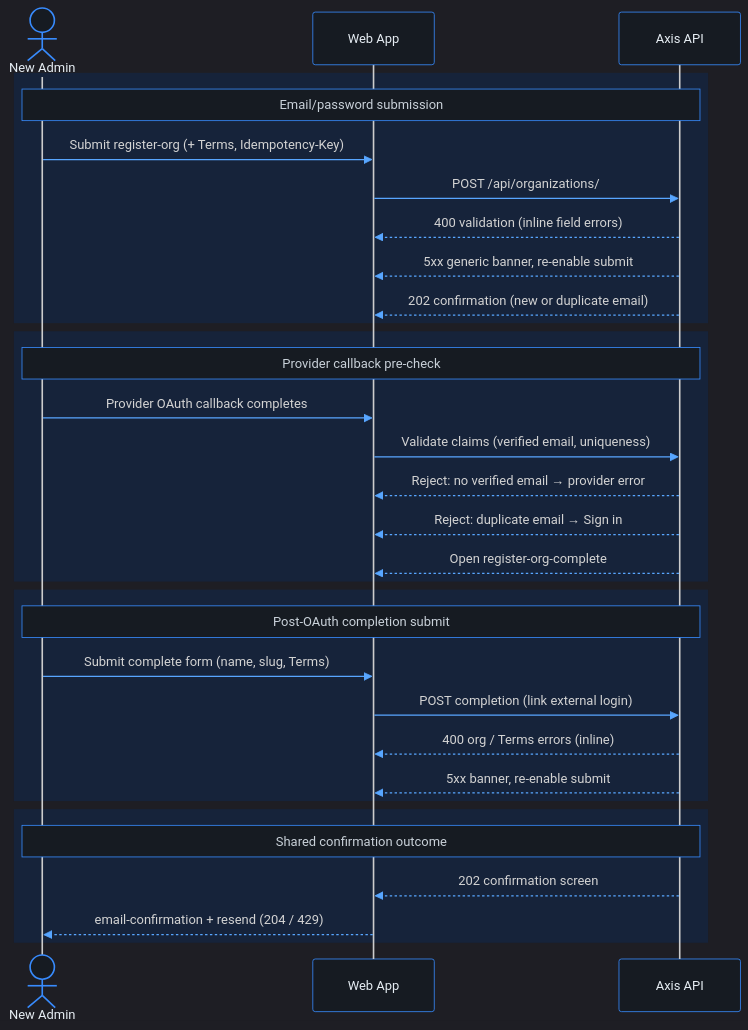
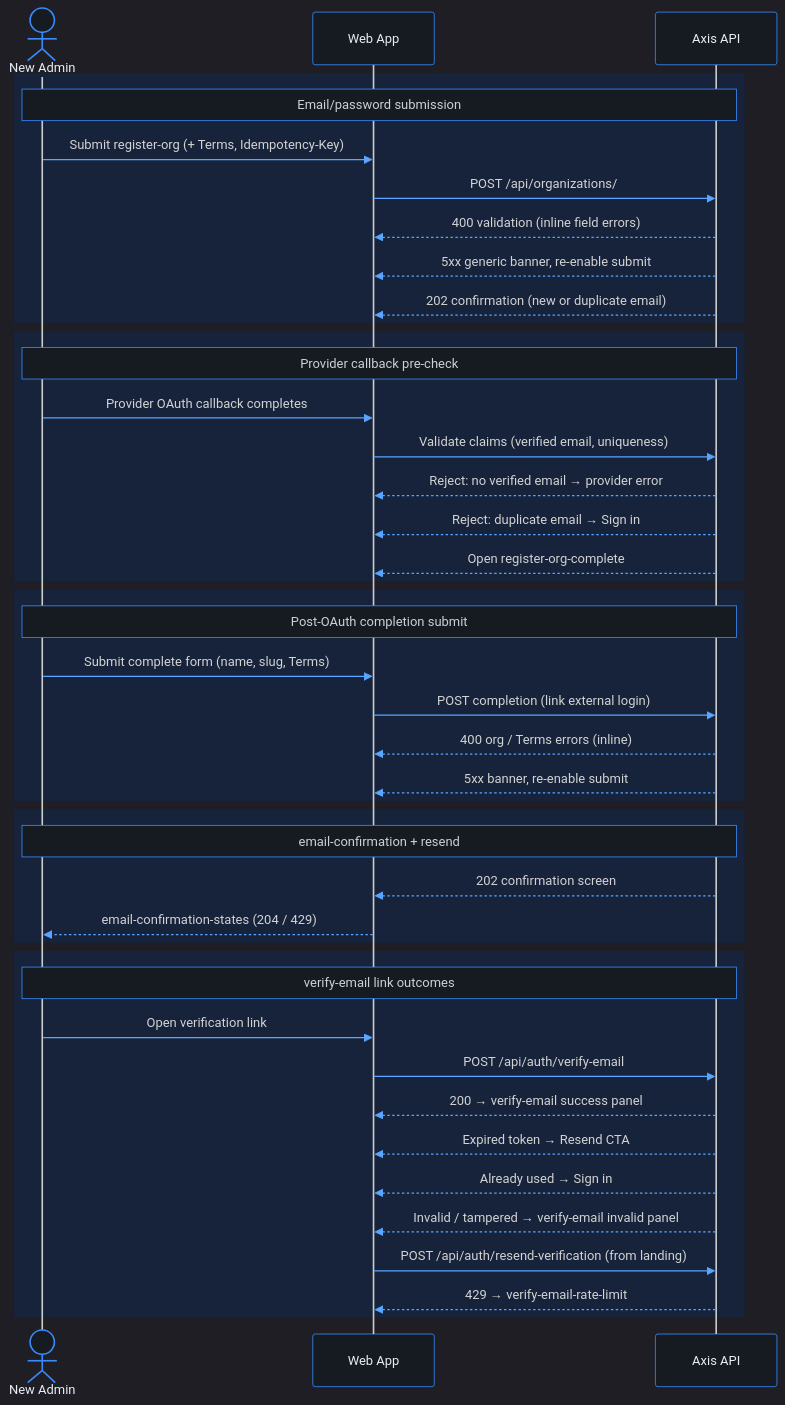
One commit to phuongnse/axis changed the third of 3 diagrams in docs/use-cases/platform-foundation/register-org/README.md. Above: the diagram before and after it, drawn with Mermaid. The commit also changed other lines of this file and 2 other files, not shown here.

First line of the commit message:
docs: consolidate register-org diagrams into journey + cases

````diff
--- a/docs/use-cases/platform-foundation/register-org/README.md
+++ b/docs/use-cases/platform-foundation/register-org/README.md
@@ -237,40 +255,52 @@
 ```mermaid
 %%{init: {'theme':'dark','themeVariables':{'background':'#0d1117','mainBkg':'#0d1117','primaryColor':'#161b22','primaryBorderColor':'#388bfd','primaryTextColor':'#e6edf3','secondaryColor':'#21262d','secondaryBorderColor':'#388bfd','secondaryTextColor':'#e6edf3','tertiaryColor':'#161b22','tertiaryTextColor':'#e6edf3','lineColor':'#58a6ff','textColor':'#e6edf3','nodeBorder':'#388bfd','clusterBkg':'#161b22','clusterBorder':'#388bfd','titleColor':'#e6edf3','edgeLabelBackground':'#161b22','actorBkg':'#161b22','actorBorder':'#388bfd','actorTextColor':'#e6edf3','signalColor':'#58a6ff','labelBoxBkgColor':'#161b22','labelBoxBorderColor':'#388bfd','noteBkgColor':'#161b22','noteBorderColor':'#388bfd','noteTextColor':'#c9d1d9','activationBkgColor':'#30363d'}}}%%
 
 sequenceDiagram
   actor Admin as New Admin
   participant Web as Web App
   participant API as Axis API
 
   rect rgb(22, 35, 58)
     Note over Admin,API: Email/password submission
     Admin->>Web: Submit register-org (+ Terms, Idempotency-Key)
     Web->>API: POST /api/organizations/
     API-->>Web: 400 validation (inline field errors)
     API-->>Web: 5xx generic banner, re-enable submit
     API-->>Web: 202 confirmation (new or duplicate email)
   end
 
   rect rgb(22, 35, 58)
     Note over Admin,API: Provider callback pre-check
     Admin->>Web: Provider OAuth callback completes
     Web->>API: Validate claims (verified email, uniqueness)
     API-->>Web: Reject: no verified email → provider error
     API-->>Web: Reject: duplicate email → Sign in
     API-->>Web: Open register-org-complete
   end
 
   rect rgb(22, 35, 58)
     Note over Admin,API: Post-OAuth completion submit
     Admin->>Web: Submit complete form (name, slug, Terms)
     Web->>API: POST completion (link external login)
     API-->>Web: 400 org / Terms errors (inline)
     API-->>Web: 5xx banner, re-enable submit
   end
 
   rect rgb(22, 35, 58)
-    Note over Admin,API: Shared confirmation outcome
+    Note over Admin,API: email-confirmation + resend
     API-->>Web: 202 confirmation screen
-    Web-->>Admin: email-confirmation + resend (204 / 429)
+    Web-->>Admin: email-confirmation-states (204 / 429)
+  end
+
+  rect rgb(22, 35, 58)
+    Note over Admin,API: verify-email link outcomes
+    Admin->>Web: Open verification link
+    Web->>API: POST /api/auth/verify-email
+    API-->>Web: 200 → verify-email success panel
+    API-->>Web: Expired token → Resend CTA
+    API-->>Web: Already used → Sign in
+    API-->>Web: Invalid / tampered → verify-email invalid panel
+    Web->>API: POST /api/auth/resend-verification (from landing)
+    API-->>Web: 429 → verify-email-rate-limit
   end
 ```
````
